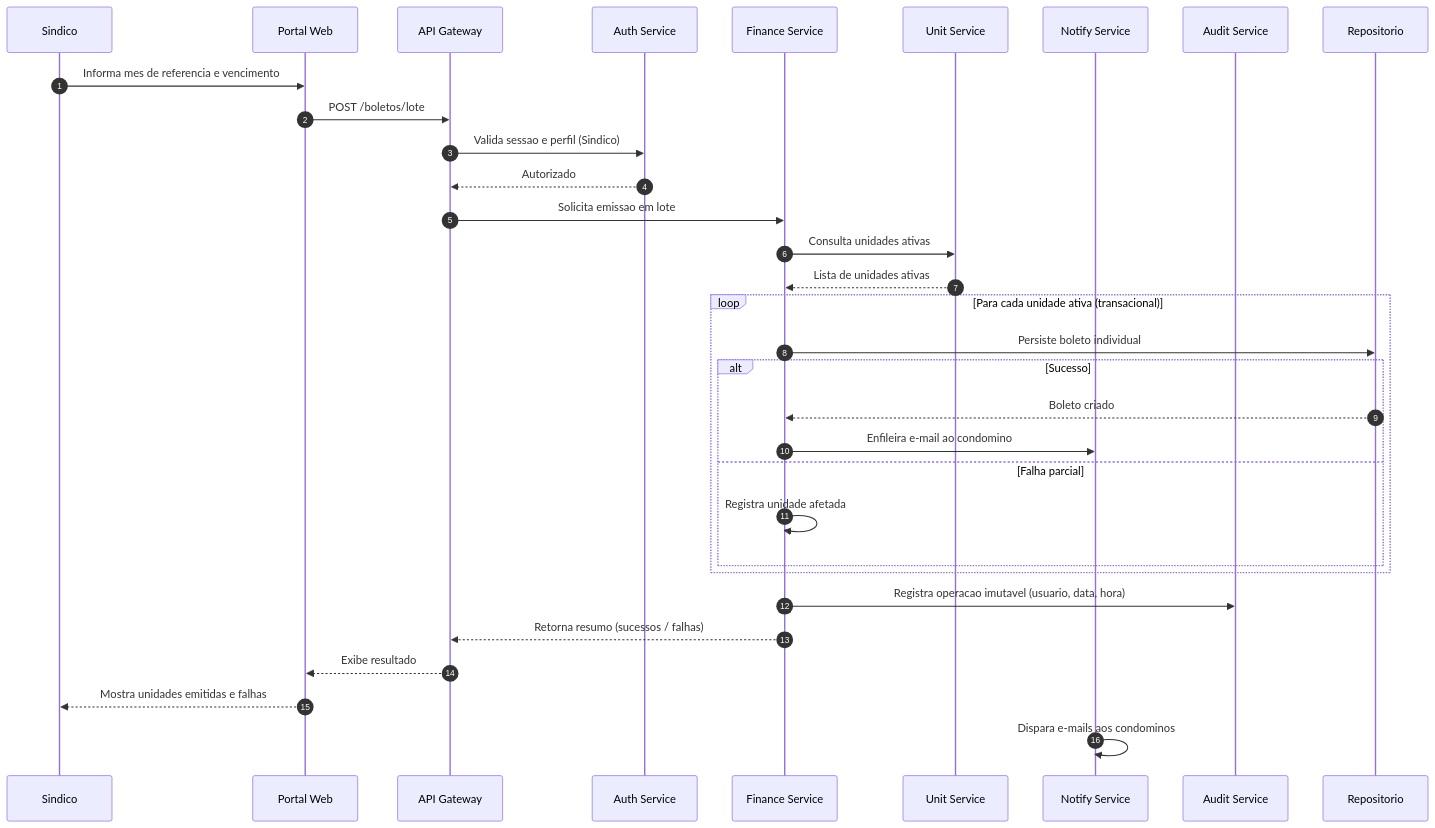
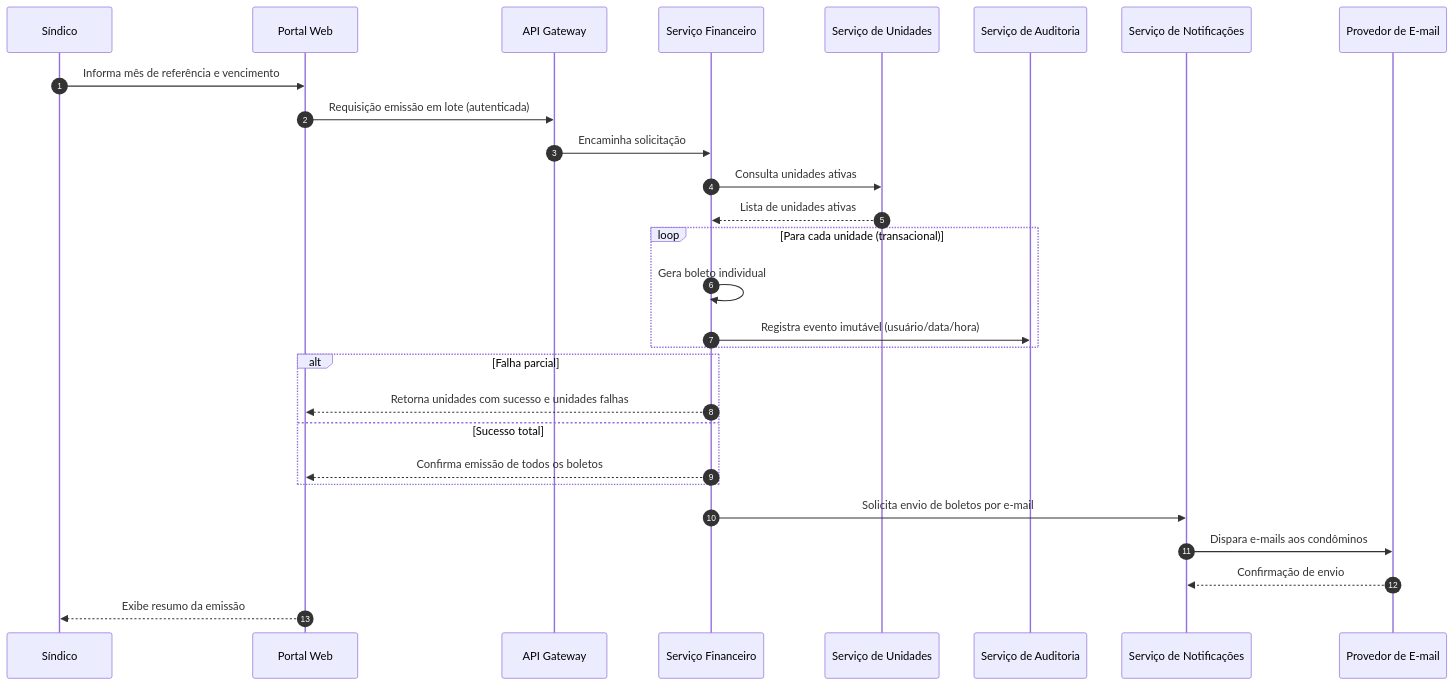
One commit to PDC-ESIA/AI4ES changed the second of 4 diagrams in docs/Time_2_Design/analise-qualitativa/outputs/relatorio_claude_opus_4_8_M04.md. Above: the diagram before and after it, drawn with Mermaid. The commit also changed other lines of this file and 93 other files, not shown here.

````diff
--- a/docs/Time_2_Design/analise-qualitativa/outputs/relatorio_claude_opus_4_8_M04.md
+++ b/docs/Time_2_Design/analise-qualitativa/outputs/relatorio_claude_opus_4_8_M04.md
@@ -101,35 +99,31 @@
 ```mermaid
 sequenceDiagram
     autonumber
-    participant S as Sindico
+    participant S as Síndico
     participant P as Portal Web
     participant G as API Gateway
-    participant A as Auth Service
-    participant F as Finance Service
-    participant U as Unit Service
-    participant N as Notify Service
-    participant Au as Audit Service
-    participant DB as Repositorio
+    participant F as Serviço Financeiro
+    participant U as Serviço de Unidades
+    participant A as Serviço de Auditoria
+    participant N as Serviço de Notificações
+    participant M as Provedor de E-mail
 
-    S->>P: Informa mes de referencia e vencimento
-    P->>G: POST /boletos/lote
-    G->>A: Valida sessao e perfil (Sindico)
-    A-->>G: Autorizado
-    G->>F: Solicita emissao em lote
+    S->>P: Informa mês de referência e vencimento
+    P->>G: Requisição emissão em lote (autenticada)
+    G->>F: Encaminha solicitação
     F->>U: Consulta unidades ativas
     U-->>F: Lista de unidades ativas
-    loop Para cada unidade ativa (transacional)
-        F->>DB: Persiste boleto individual
-        alt Sucesso
-            DB-->>F: Boleto criado
-            F->>N: Enfileira e-mail ao condomino
-        else Falha parcial
-            F->>F: Registra unidade afetada
-        end
+    loop Para cada unidade (transacional)
+        F->>F: Gera boleto individual
+        F->>A: Registra evento imutável (usuário/data/hora)
     end
-    F->>Au: Registra operacao imutavel (usuario, data, hora)
-    F-->>G: Retorna resumo (sucessos / falhas)
-    G-->>P: Exibe resultado
-    P-->>S: Mostra unidades emitidas e falhas
-    N->>N: Dispara e-mails aos condominos
+    alt Falha parcial
+        F-->>P: Retorna unidades com sucesso e unidades falhas
+    else Sucesso total
+        F-->>P: Confirma emissão de todos os boletos
+    end
+    F->>N: Solicita envio de boletos por e-mail
+    N->>M: Dispara e-mails aos condôminos
+    M-->>N: Confirmação de envio
+    P-->>S: Exibe resumo da emissão
 ```
````
